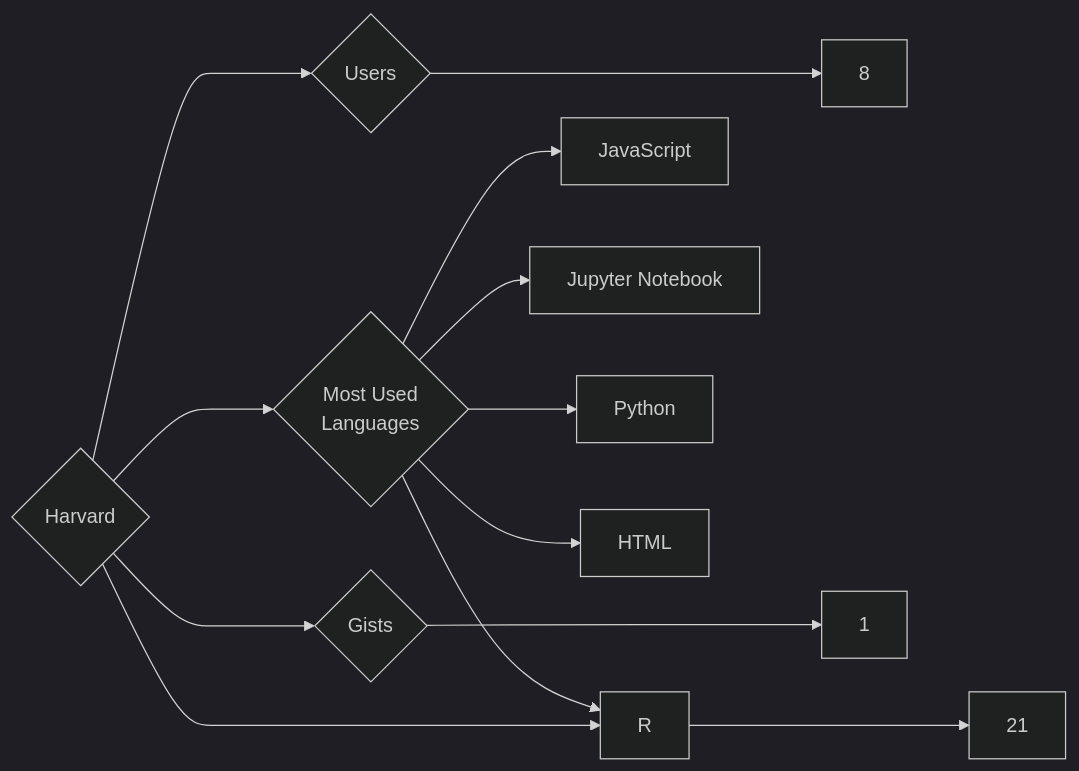
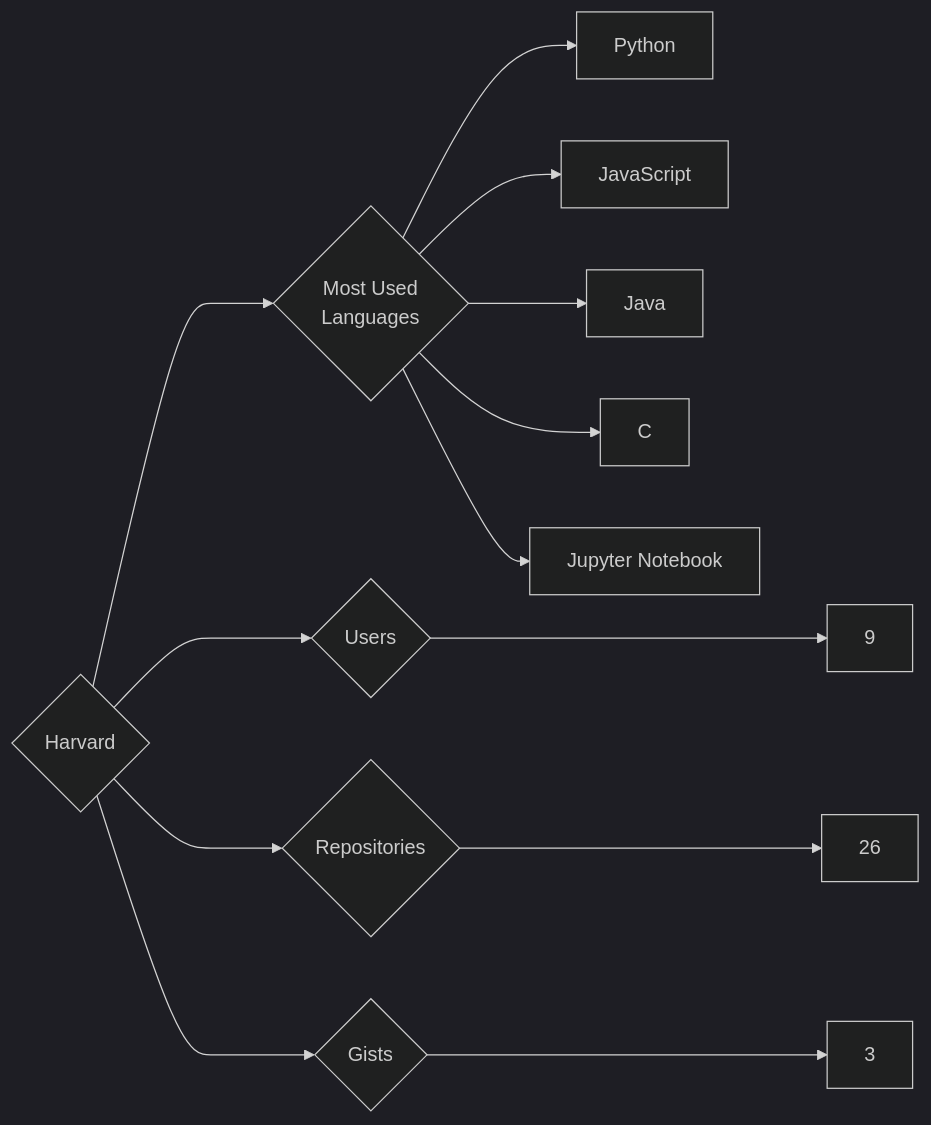
One commit to trickest/insiders changed the diagram in targets/Harvard/README.md. Above: the diagram before and after it, drawn with Mermaid (dark theme). The commit also changed 997 other files, not shown here.

````diff
--- a/targets/Harvard/README.md
+++ b/targets/Harvard/README.md
@@ -3,13 +3,13 @@
 ```mermaid
 graph LR
 COMPANY_NAME{Harvard}
-COMPANY_NAME ---> U{Users} ---> UN[8]
-COMPANY_NAME ---> R{Repositories} ---> RN[21]
-COMPANY_NAME ---> G{Gists} ---> GN[1]
+COMPANY_NAME ---> U{Users} ---> UN[9]
+COMPANY_NAME ---> R{Repositories} ---> RN[26]
+COMPANY_NAME ---> G{Gists} ---> GN[3]
 COMPANY_NAME ---> ML{Most Used<br>Languages}
+ML --> Python[Python]
 ML --> JavaScript[JavaScript]
+ML --> Java[Java]
+ML --> C[C]
 ML --> Jupyter_Notebook[Jupyter Notebook]
-ML --> R[R]
-ML --> Python[Python]
-ML --> HTML[HTML]
 ```
````
